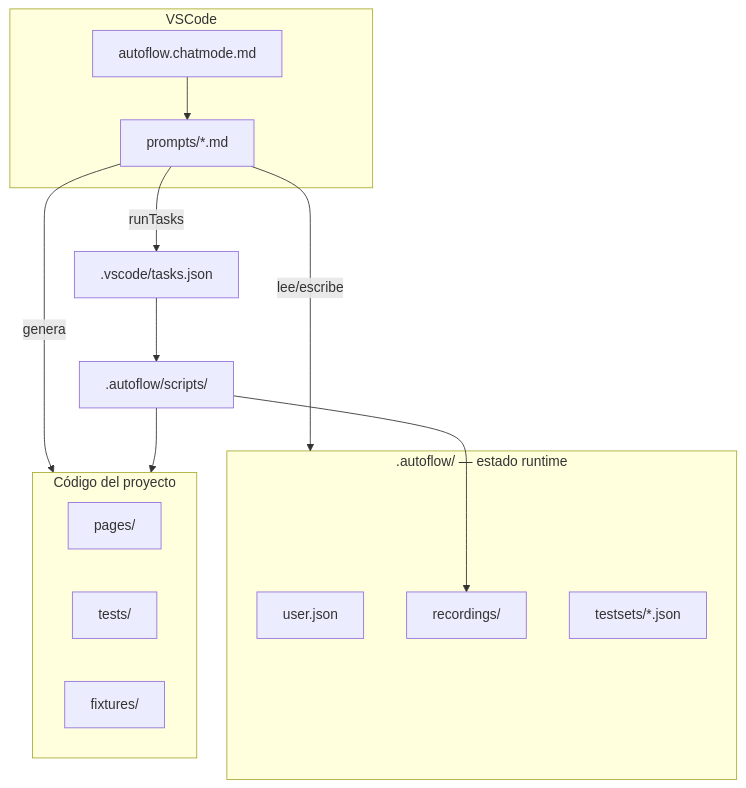
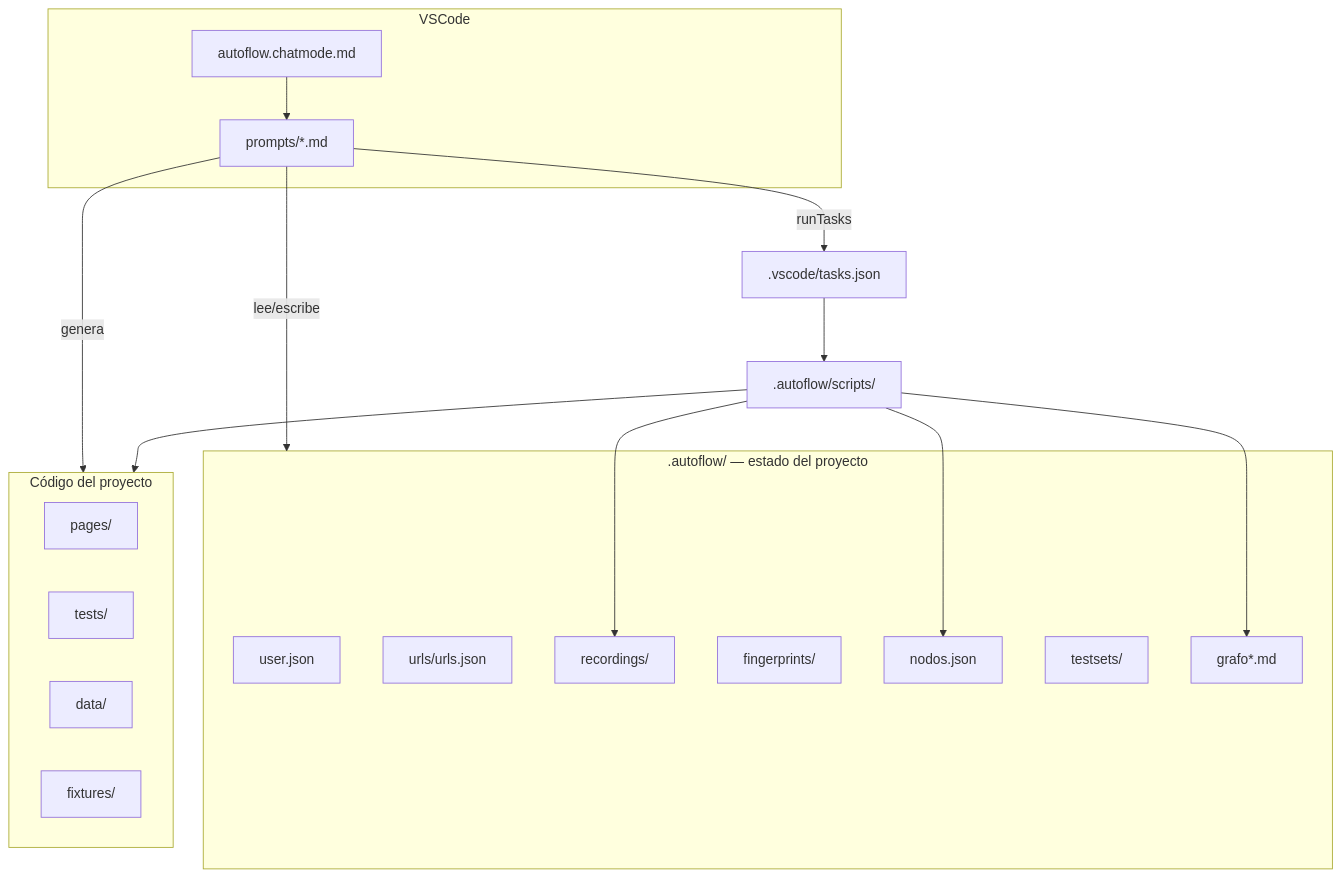
Before and after one commit to blass1/AutoFlowAgent: the second of 3 diagrams in README.md, drawn with Mermaid. The commit also changed other lines of this file, not shown here.

````diff
--- a/README.md
+++ b/README.md
@@ -42,27 +62,34 @@
 ```mermaid
 flowchart TB
     subgraph VSCode
       ChatMode[autoflow.chatmode.md]
       SubPrompts[prompts/*.md]
       ChatMode --> SubPrompts
     end
 
-    subgraph Estado[".autoflow/ — estado runtime"]
+    subgraph Estado[".autoflow/ — estado del proyecto"]
       User[user.json]
+      Urls[urls/urls.json]
       Recordings[recordings/]
-      TestSets[testsets/*.json]
+      Fingerprints[fingerprints/]
+      Nodos[nodos.json]
+      TestSets[testsets/]
+      Grafos[grafo*.md]
     end
 
     subgraph Codigo[Código del proyecto]
       PagesDir[pages/]
       TestsDir[tests/]
+      DataDir[data/]
       Fixtures[fixtures/]
     end
 
     SubPrompts -- lee/escribe --> Estado
     SubPrompts -- genera --> Codigo
     SubPrompts -- runTasks --> Tasks[.vscode/tasks.json]
     Tasks --> NodeScripts[.autoflow/scripts/]
     NodeScripts --> Recordings
+    NodeScripts --> Nodos
+    NodeScripts --> Grafos
     NodeScripts --> Codigo
 ```
````
